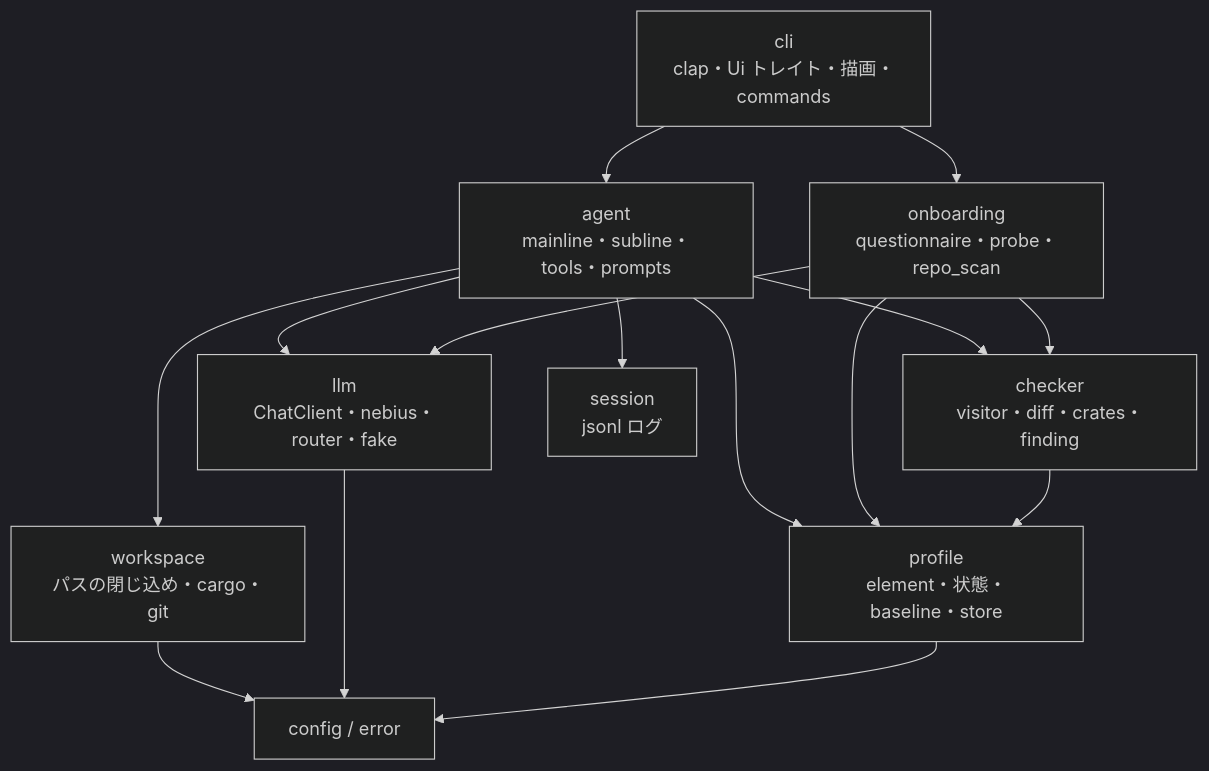
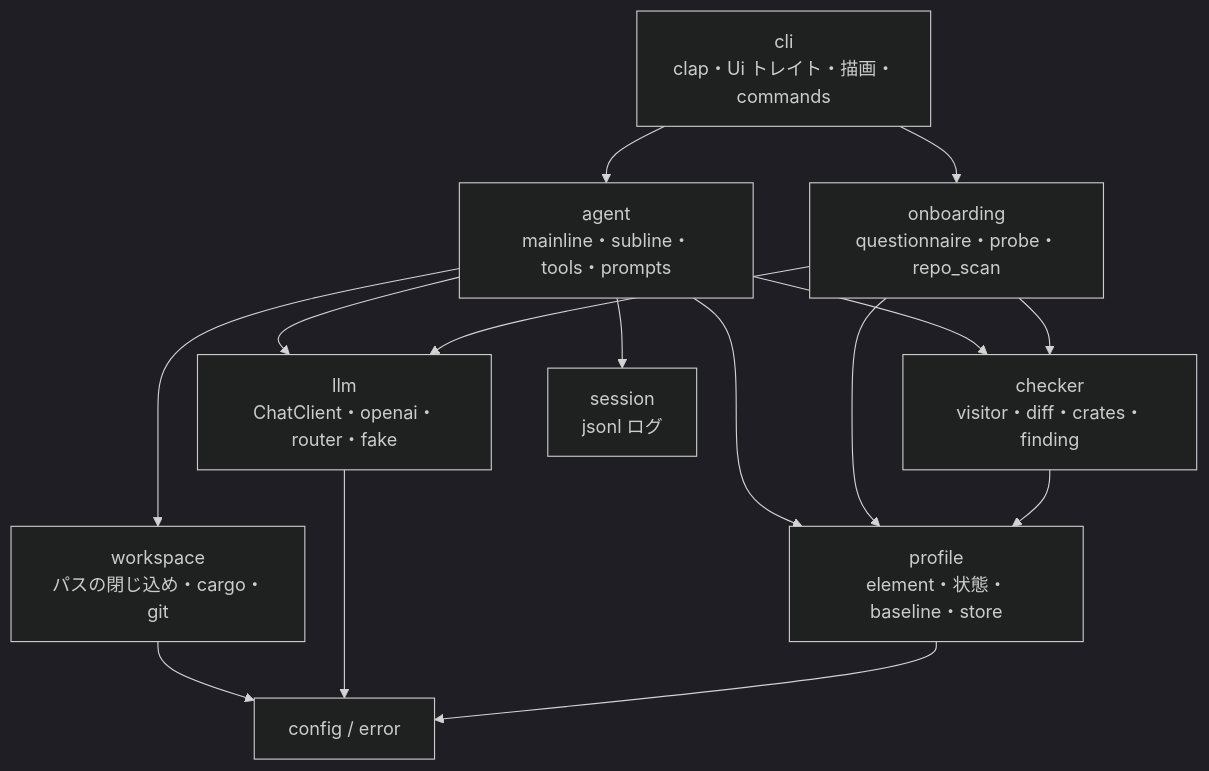
Before and after one commit to sumiredc/molt: the seventh of 9 diagrams in PRD.ja.md, drawn with Mermaid (dark theme). The commit also changed other lines of this file and 1 other file, not shown here.

First line of the commit message:
PRD の LLM の前提を、OpenAI 互換の任意のエンドポイントに広げる

````diff
--- a/PRD.ja.md
+++ b/PRD.ja.md
@@ -309,17 +309,17 @@
 ```mermaid
 flowchart TB
   cli["cli<br/>clap・Ui トレイト・描画・commands"] --> agent["agent<br/>mainline・subline・tools・prompts"]
   cli --> onboarding["onboarding<br/>questionnaire・probe・repo_scan"]
   agent --> workspace["workspace<br/>パスの閉じ込め・cargo・git"]
   agent --> checker["checker<br/>visitor・diff・crates・finding"]
-  agent --> llm["llm<br/>ChatClient・nebius・router・fake"]
+  agent --> llm["llm<br/>ChatClient・openai・router・fake"]
   agent --> profile["profile<br/>element・状態・baseline・store"]
   agent --> session["session<br/>jsonl ログ"]
   onboarding --> checker
   onboarding --> llm
   onboarding --> profile
   checker --> profile
   workspace --> config["config / error"]
   llm --> config
   profile --> config
 ```
````
